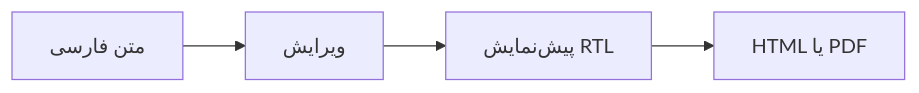
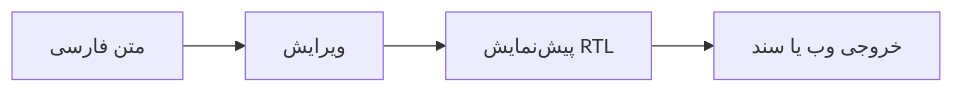
One commit to sinatabar/vscode-persian-rtl-markdown-preview changed the diagram in demo/all-features.fa-en.md. Above: the diagram before and after it, drawn with Mermaid. The commit also changed 10 other files, not shown here.

````diff
--- a/demo/all-features.fa-en.md
+++ b/demo/all-features.fa-en.md
@@ -21,6 +21,6 @@
 ```mermaid
 flowchart LR
   A[متن فارسی] --> B[ویرایش]
   B --> C[پیش‌نمایش RTL]
-  C --> D[HTML یا PDF]
+  C --> D[خروجی وب یا سند]
 ```
````
